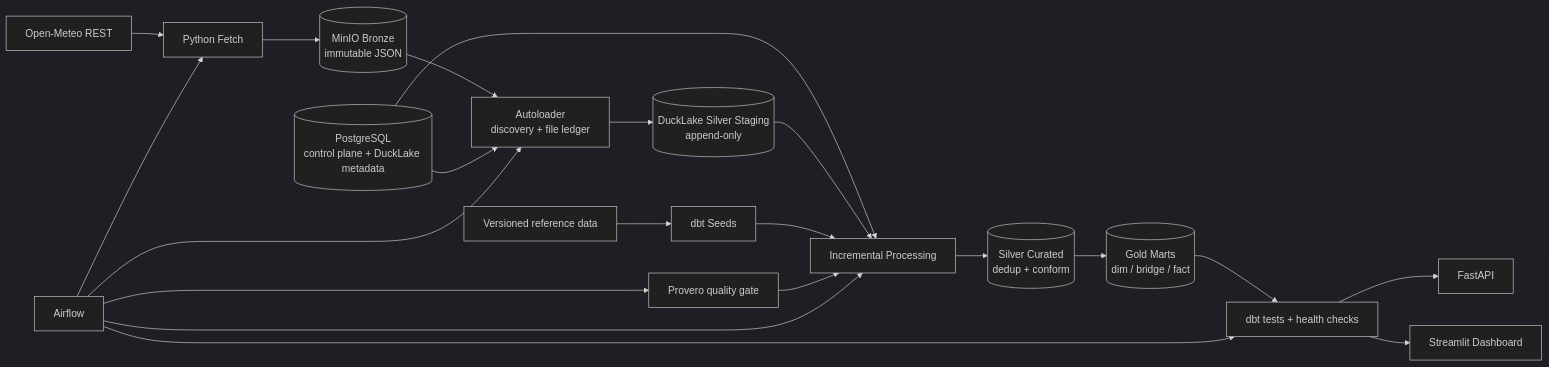
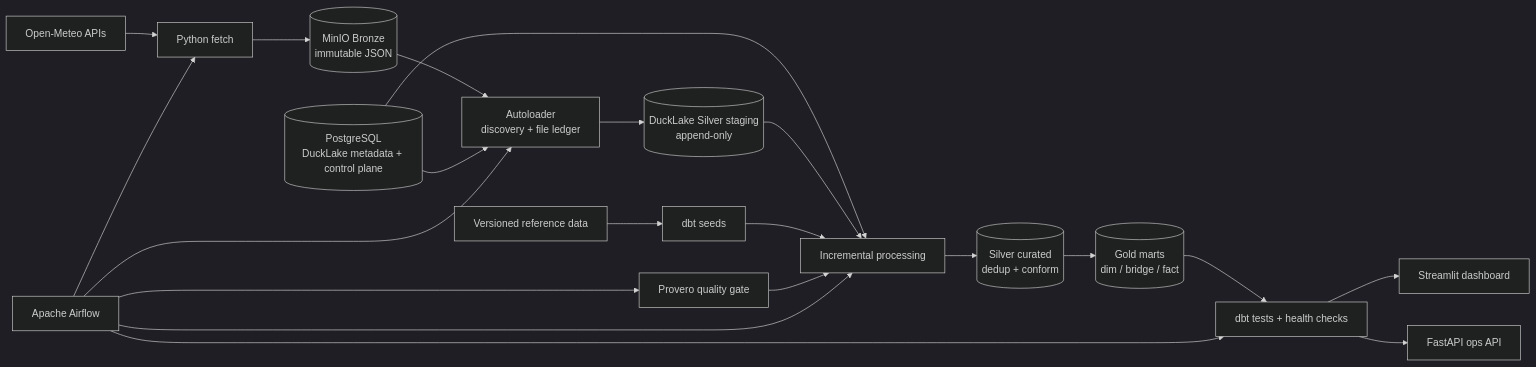
One commit to DKSang/vn-climate-risk-monitor changed the diagram in README.md. Above: the diagram before and after it, drawn with Mermaid (dark theme). The commit also changed other lines of this file and 79 other files, not shown here.

First line of the commit message:
Refactor and optimize SQL models and macros for rainfall and weather data processing

````diff
--- a/README.md
+++ b/README.md
@@ -35,28 +37,28 @@
 ```mermaid
 flowchart LR
-    A[Open-Meteo REST] --> B[Python Fetch]
-    R[Versioned reference data] --> G[dbt Seeds]
+    A[Open-Meteo APIs] --> B[Python fetch]
+    R[Versioned reference data] --> S[dbt seeds]
 
     B --> C[(MinIO Bronze\nimmutable JSON)]
     C --> D[Autoloader\ndiscovery + file ledger]
-    D --> E[(DuckLake Silver Staging\nappend-only)]
+    D --> E[(DuckLake Silver staging\nappend-only)]
 
-    P[(PostgreSQL\ncontrol plane + DuckLake metadata)] --> D
-    P --> F[Incremental Processing]
+    P[(PostgreSQL\nDuckLake metadata + control plane)] --> D
+    P --> F[Incremental processing]
     E --> F
-    G --> F
+    S --> F
 
-    F --> S[(Silver Curated\ndedup + conform)]
-    S --> M[(Gold Marts\ndim / bridge / fact)]
+    F --> G[(Silver curated\ndedup + conform)]
+    G --> H[(Gold marts\ndim / bridge / fact)]
 
     Q1[Provero quality gate] --> F
-    M --> Q2[dbt tests + health checks]
-    Q2 --> API[FastAPI]
-    Q2 --> UI[Streamlit Dashboard]
+    H --> Q2[dbt tests + health checks]
+    Q2 --> UI[Streamlit dashboard]
+    Q2 --> API[FastAPI ops API]
 
-    AF[Airflow] --> B
+    AF[Apache Airflow] --> B
     AF --> D
     AF --> Q1
     AF --> F
     AF --> Q2
 ```
````
